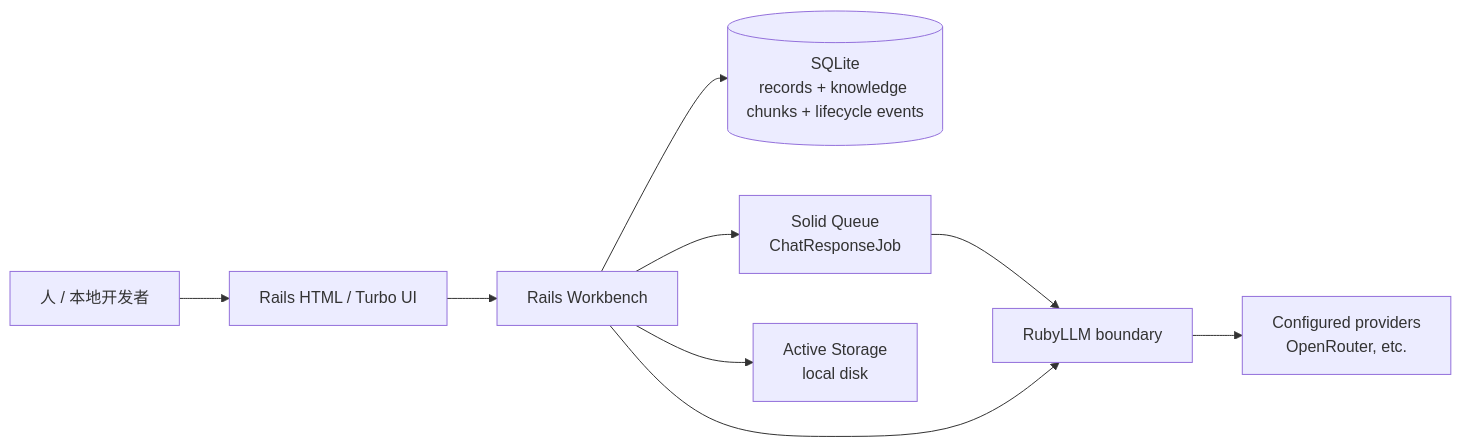
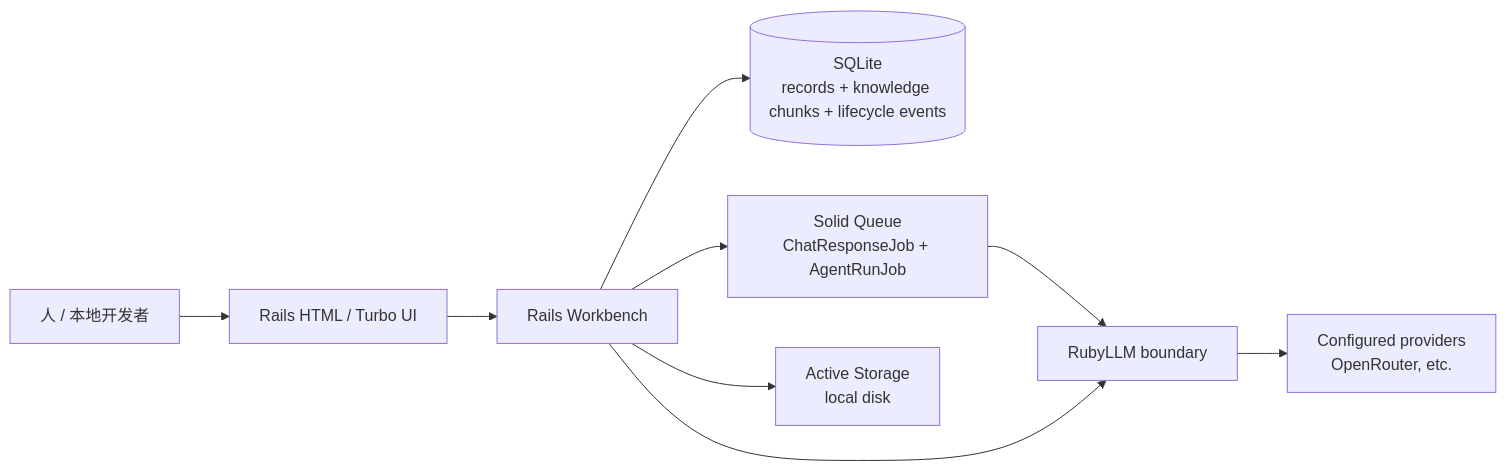
Before and after one commit to yorzi/rubyllm-workbench: the first of 11 diagrams in docs/ARCHITECTURE.md, drawn with Mermaid. The commit also changed other lines of this file and 41 other files, not shown here.

````diff
--- a/docs/ARCHITECTURE.md
+++ b/docs/ARCHITECTURE.md
@@ -28,11 +28,11 @@
 ```mermaid
 flowchart LR
     Human["人 / 本地开发者"] --> UI["Rails HTML / Turbo UI"]
     UI --> App["Rails Workbench"]
     App --> DB[("SQLite\nrecords + knowledge chunks + lifecycle events")]
-    App --> Queue["Solid Queue\nChatResponseJob"]
+    App --> Queue["Solid Queue\nChatResponseJob + AgentRunJob"]
     Queue --> RubyLLM["RubyLLM boundary"]
     App --> RubyLLM
     RubyLLM --> Providers["Configured providers\nOpenRouter, etc."]
     App --> Blobs["Active Storage\nlocal disk"]
 ```
````
